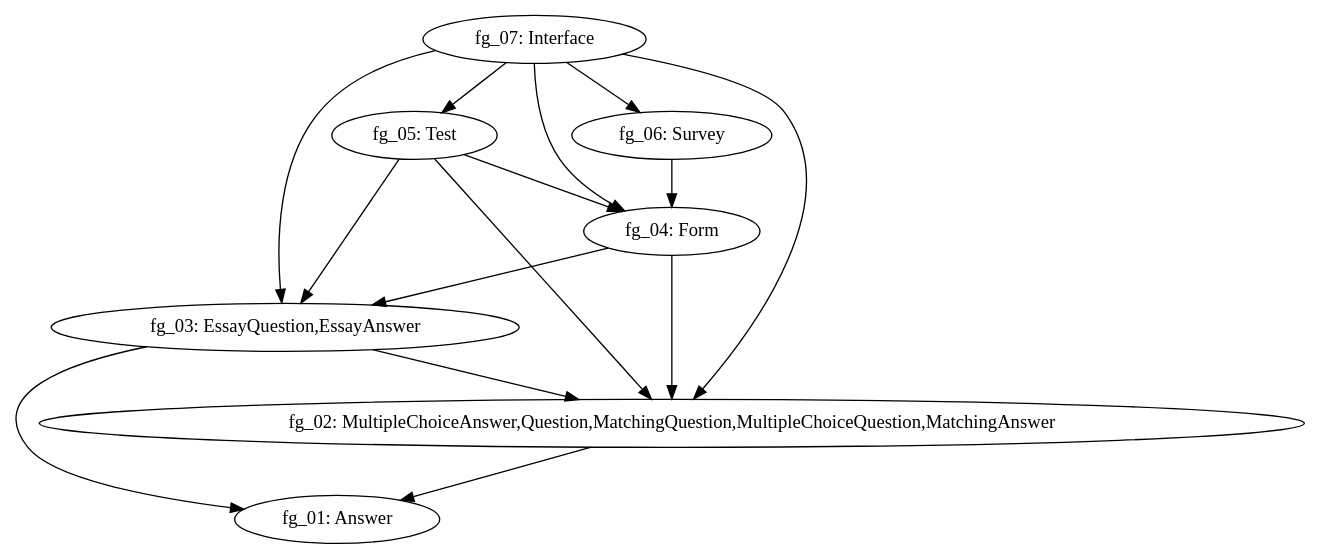
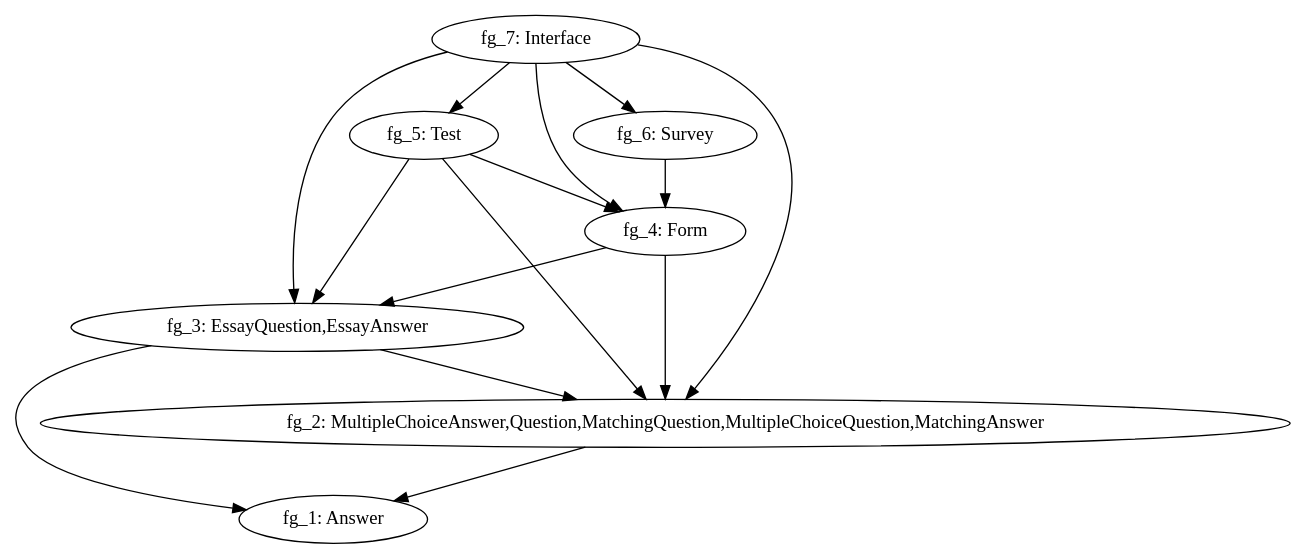
Before and after one commit to FrankHZFang/ArchData: the diagram in files/demo-design2/demo-design2_UH.dot, drawn with Graphviz. The commit also changed 1800 other files, not shown here.

```diff
--- a/files/demo-design2/demo-design2_UH.dot
+++ b/files/demo-design2/demo-design2_UH.dot
@@ -1,16 +1,16 @@
 digraph G { 
-"fg_02: MultipleChoiceAnswer,Question,MatchingQuestion,MultipleChoiceQuestion,MatchingAnswer" -> "fg_01: Answer"; 
-"fg_03: EssayQuestion,EssayAnswer" -> "fg_02: MultipleChoiceAnswer,Question,MatchingQuestion,MultipleChoiceQuestion,MatchingAnswer"; 
-"fg_03: EssayQuestion,EssayAnswer" -> "fg_01: Answer"; 
-"fg_04: Form" -> "fg_03: EssayQuestion,EssayAnswer"; 
-"fg_04: Form" -> "fg_02: MultipleChoiceAnswer,Question,MatchingQuestion,MultipleChoiceQuestion,MatchingAnswer"; 
-"fg_05: Test" -> "fg_03: EssayQuestion,EssayAnswer"; 
-"fg_05: Test" -> "fg_04: Form"; 
-"fg_05: Test" -> "fg_02: MultipleChoiceAnswer,Question,MatchingQuestion,MultipleChoiceQuestion,MatchingAnswer"; 
-"fg_06: Survey" -> "fg_04: Form"; 
-"fg_07: Interface" -> "fg_05: Test"; 
-"fg_07: Interface" -> "fg_03: EssayQuestion,EssayAnswer"; 
-"fg_07: Interface" -> "fg_06: Survey"; 
-"fg_07: Interface" -> "fg_04: Form"; 
-"fg_07: Interface" -> "fg_02: MultipleChoiceAnswer,Question,MatchingQuestion,MultipleChoiceQuestion,MatchingAnswer"; 
+"fg_2: MultipleChoiceAnswer,Question,MatchingQuestion,MultipleChoiceQuestion,MatchingAnswer" -> "fg_1: Answer"; 
+"fg_3: EssayQuestion,EssayAnswer" -> "fg_2: MultipleChoiceAnswer,Question,MatchingQuestion,MultipleChoiceQuestion,MatchingAnswer"; 
+"fg_3: EssayQuestion,EssayAnswer" -> "fg_1: Answer"; 
+"fg_4: Form" -> "fg_3: EssayQuestion,EssayAnswer"; 
+"fg_4: Form" -> "fg_2: MultipleChoiceAnswer,Question,MatchingQuestion,MultipleChoiceQuestion,MatchingAnswer"; 
+"fg_5: Test" -> "fg_3: EssayQuestion,EssayAnswer"; 
+"fg_5: Test" -> "fg_4: Form"; 
+"fg_5: Test" -> "fg_2: MultipleChoiceAnswer,Question,MatchingQuestion,MultipleChoiceQuestion,MatchingAnswer"; 
+"fg_6: Survey" -> "fg_4: Form"; 
+"fg_7: Interface" -> "fg_3: EssayQuestion,EssayAnswer"; 
+"fg_7: Interface" -> "fg_5: Test"; 
+"fg_7: Interface" -> "fg_4: Form"; 
+"fg_7: Interface" -> "fg_2: MultipleChoiceAnswer,Question,MatchingQuestion,MultipleChoiceQuestion,MatchingAnswer"; 
+"fg_7: Interface" -> "fg_6: Survey"; 
 }
```
